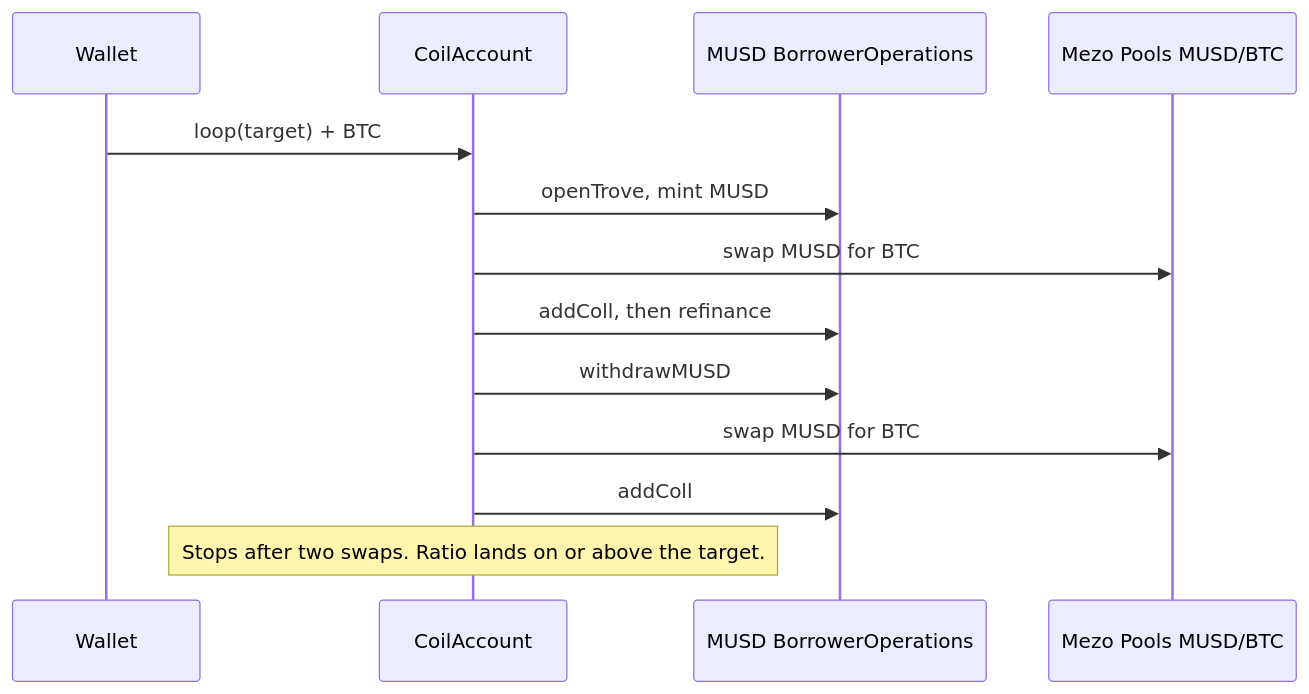
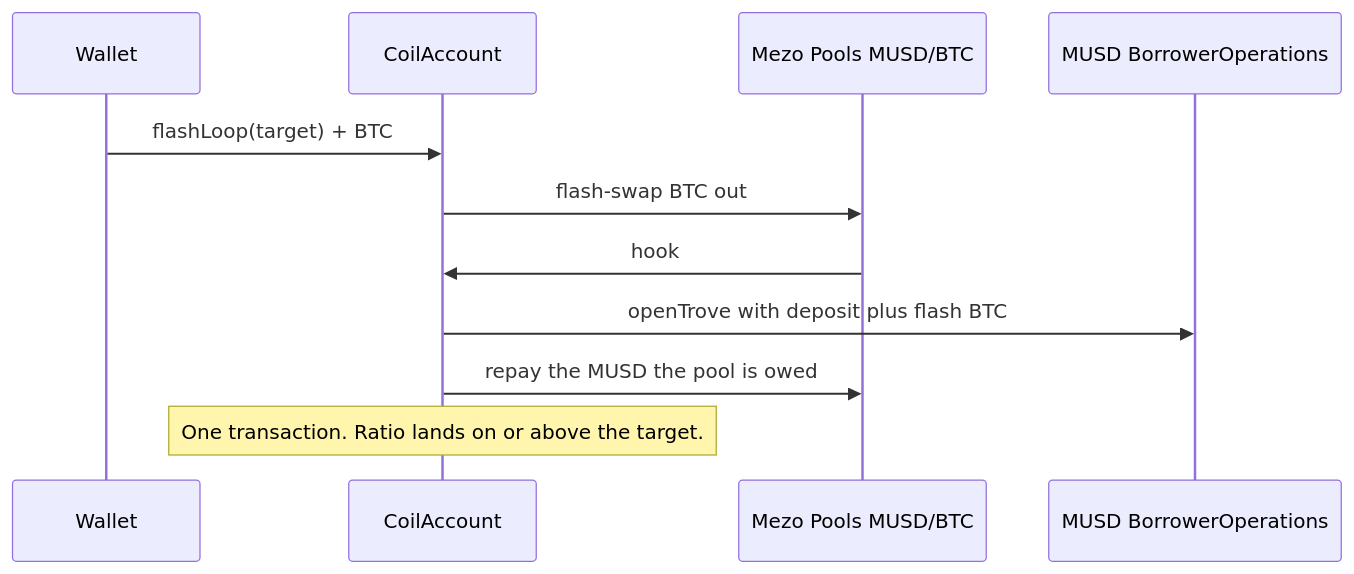
Before and after one commit to PrabalParihar/coil: the diagram in README.md, drawn with Mermaid. The commit also changed other lines of this file and 29 other files, not shown here.

First line of the commit message:
Add one-transaction flash leverage and a MEZO-paid keeper.

````diff
--- a/README.md
+++ b/README.md
@@ -19,15 +21,13 @@
 ```mermaid
 sequenceDiagram
   participant W as Wallet
   participant C as CoilAccount
+  participant P as Mezo Pools MUSD/BTC
   participant M as MUSD BorrowerOperations
-  participant P as Mezo Pools MUSD/BTC
-  W->>C: loop(target) + BTC
-  C->>M: openTrove, mint MUSD
-  C->>P: swap MUSD for BTC
-  C->>M: addColl, then refinance
-  C->>M: withdrawMUSD
-  C->>P: swap MUSD for BTC
-  C->>M: addColl
-  Note over C: Stops after two swaps. Ratio lands on or above the target.
+  W->>C: flashLoop(target) + BTC
+  C->>P: flash-swap BTC out
+  P->>C: hook
+  C->>M: openTrove with deposit plus flash BTC
+  C->>P: repay the MUSD the pool is owed
+  Note over C: One transaction. Ratio lands on or above the target.
 ```
````
